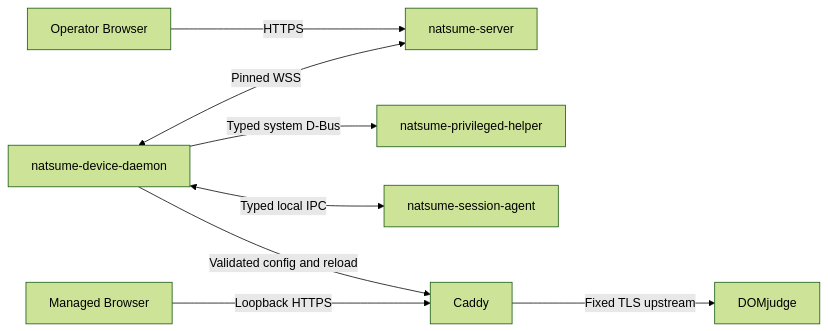
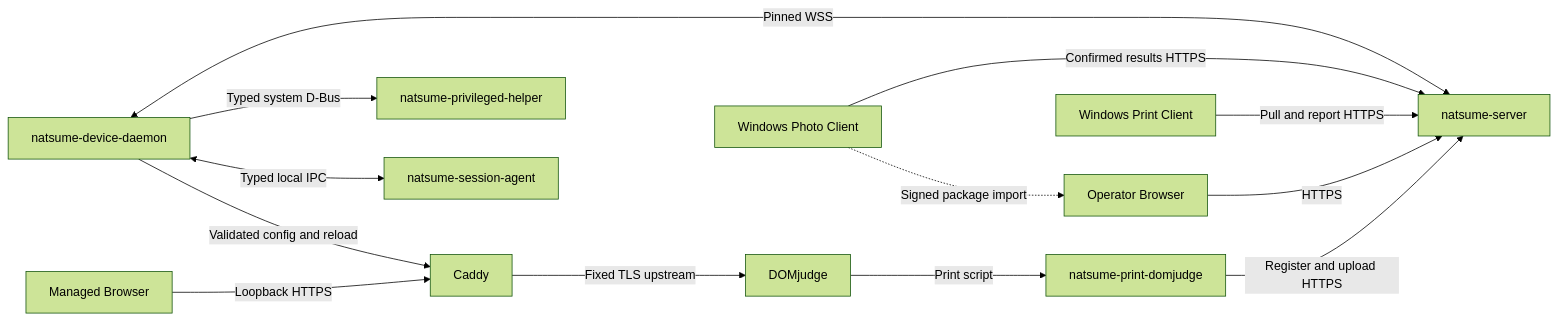
The diagram in docs/architecture.md (4o3F/Natsume), drawn with Mermaid (forest theme) before and after one commit. The commit also changed other lines of this file, not shown here.

Commit message:
docs(architecture): plan contest platform expansion

````diff
--- a/docs/architecture.md
+++ b/docs/architecture.md
@@ -109,19 +122,27 @@
 ```mermaid
 flowchart LR
     Operator[Operator Browser]
     Server[natsume-server]
     Daemon[natsume-device-daemon]
     Helper[natsume-privileged-helper]
     Agent[natsume-session-agent]
     Caddy[Caddy]
     Browser[Managed Browser]
     Judge[DOMjudge]
+    PrintBridge[natsume-print-domjudge]
+    PrintClient[Windows Print Client]
+    PhotoClient[Windows Photo Client]
 
+    Judge -->|Print script| PrintBridge
+    PrintBridge -->|Register and upload HTTPS| Server
+    PrintClient -->|Pull and report HTTPS| Server
+    PhotoClient -->|Confirmed results HTTPS| Server
+    PhotoClient -.->|Signed package import| Operator
     Operator -->|HTTPS| Server
     Daemon <-->|Pinned WSS| Server
     Daemon -->|Typed system D-Bus| Helper
     Daemon <-->|Typed local IPC| Agent
     Daemon -->|Validated config and reload| Caddy
     Browser -->|Loopback HTTPS| Caddy
     Caddy -->|Fixed TLS upstream| Judge
 ```
````
